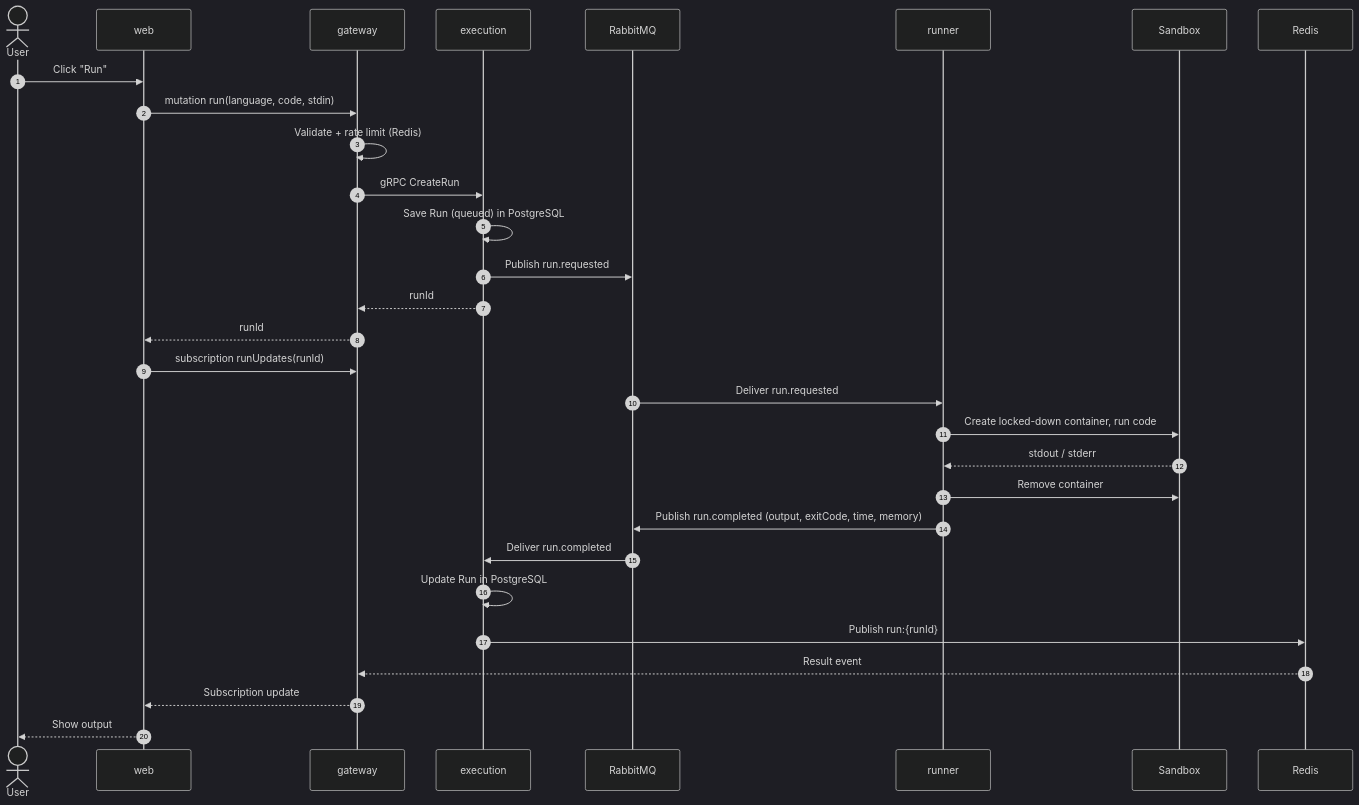
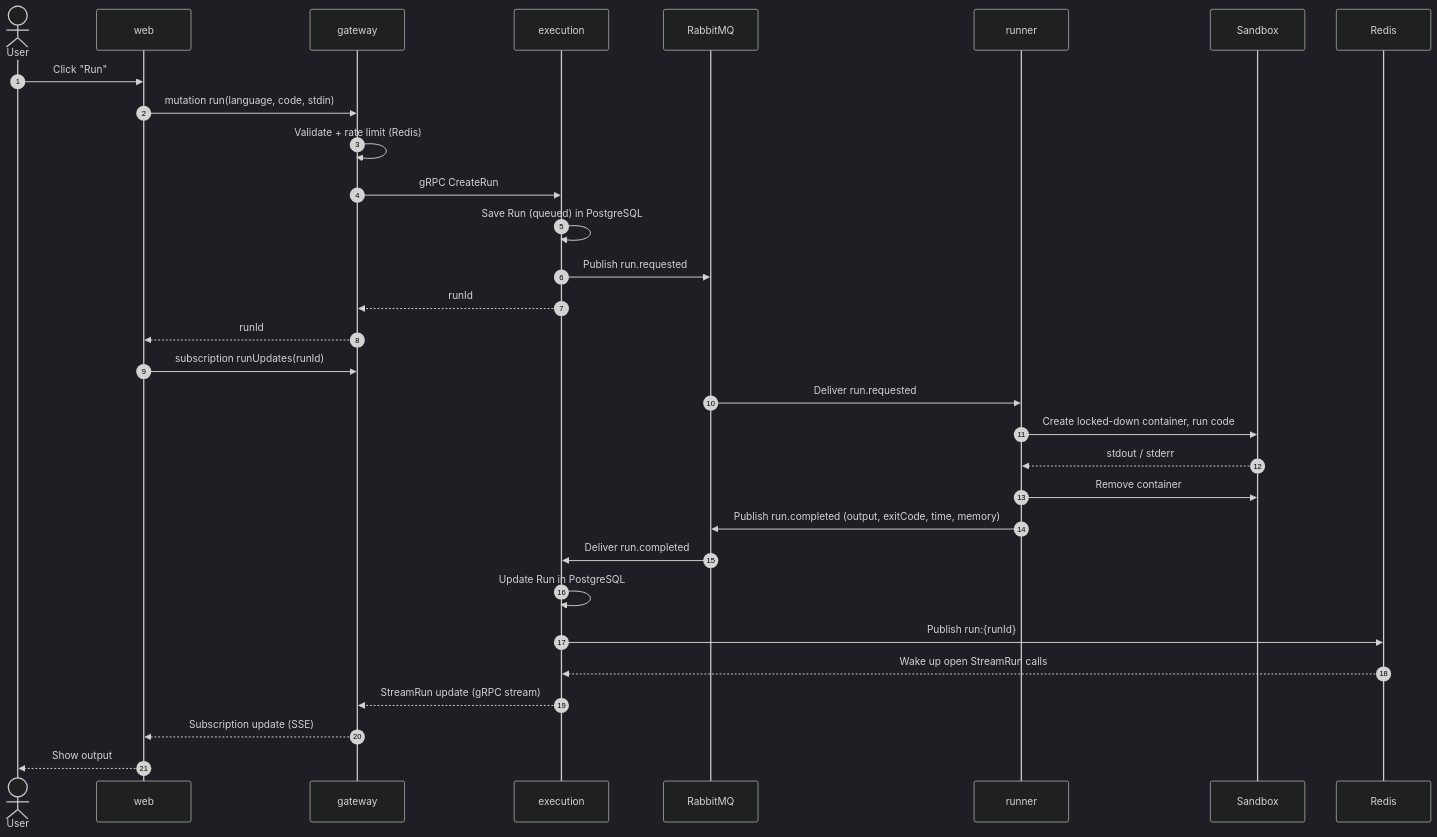
Before and after one commit to vedatcinbatexe/bytebox: the second of 4 diagrams in ARCHITECTURE.md, drawn with Mermaid (dark theme). The commit also changed other lines of this file and 9 other files, not shown here.

First line of the commit message:
Add GraphQL API to the gateway

````diff
--- a/ARCHITECTURE.md
+++ b/ARCHITECTURE.md
@@ -114,35 +115,36 @@
 ```mermaid
 sequenceDiagram
     autonumber
     actor U as User
     participant W as web
     participant G as gateway
     participant E as execution
     participant Q as RabbitMQ
     participant R as runner
     participant S as Sandbox
     participant RD as Redis
 
     U->>W: Click "Run"
     W->>G: mutation run(language, code, stdin)
     G->>G: Validate + rate limit (Redis)
     G->>E: gRPC CreateRun
     E->>E: Save Run (queued) in PostgreSQL
     E->>Q: Publish run.requested
     E-->>G: runId
     G-->>W: runId
     W->>G: subscription runUpdates(runId)
 
     Q->>R: Deliver run.requested
     R->>S: Create locked-down container, run code
     S-->>R: stdout / stderr
     R->>S: Remove container
     R->>Q: Publish run.completed (output, exitCode, time, memory)
 
     Q->>E: Deliver run.completed
     E->>E: Update Run in PostgreSQL
     E->>RD: Publish run:{runId}
-    RD-->>G: Result event
-    G-->>W: Subscription update
+    RD-->>E: Wake up open StreamRun calls
+    E-->>G: StreamRun update (gRPC stream)
+    G-->>W: Subscription update (SSE)
     W-->>U: Show output
 ```
````
